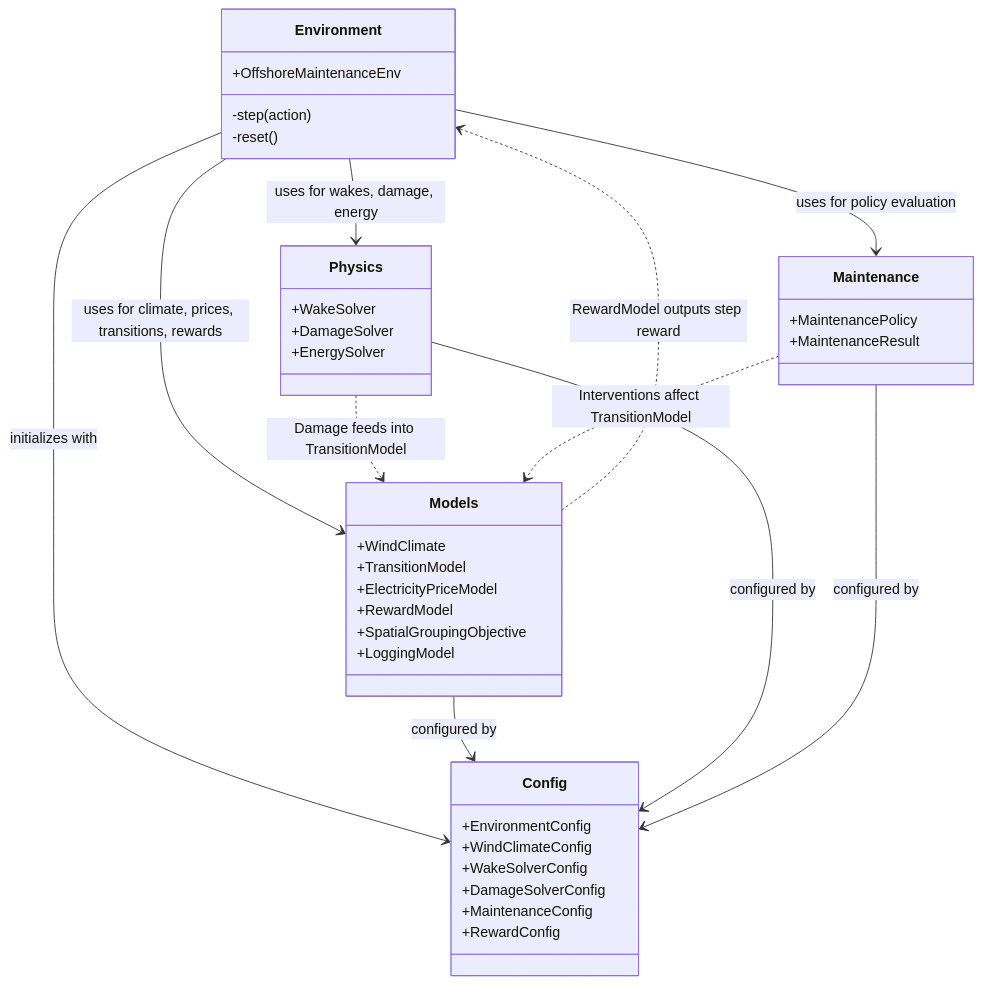
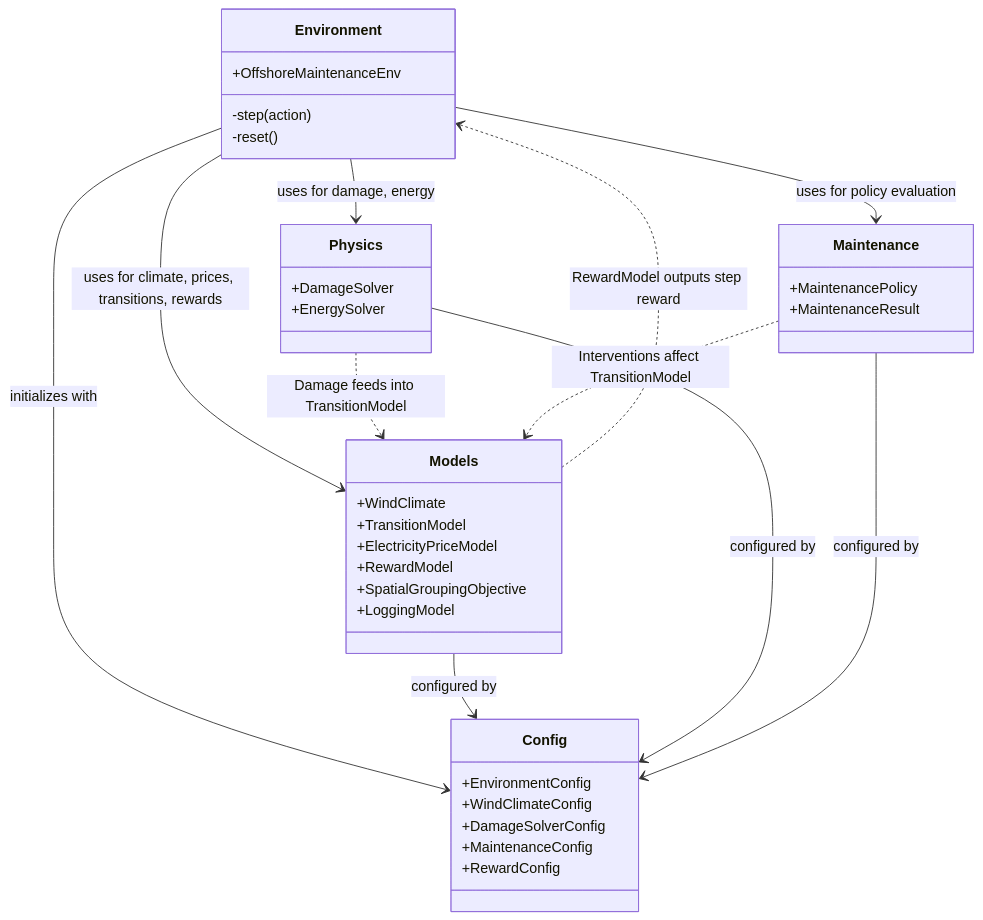
The diagram in README.md (andriepasca/whisper-rl), drawn with Mermaid before and after one commit. The commit also changed other lines of this file and 4 other files, not shown here.

````diff
--- a/README.md
+++ b/README.md
@@ -16,50 +16,48 @@
 ```mermaid
 classDiagram
     class Environment {
         +OffshoreMaintenanceEnv
         -step(action)
         -reset()
     }
 
     class Config {
         +EnvironmentConfig
         +WindClimateConfig
-        +WakeSolverConfig
         +DamageSolverConfig
         +MaintenanceConfig
         +RewardConfig
     }
 
     class Models {
         +WindClimate
         +TransitionModel
         +ElectricityPriceModel
         +RewardModel
         +SpatialGroupingObjective
         +LoggingModel
     }
 
     class Physics {
-        +WakeSolver
         +DamageSolver
         +EnergySolver
     }
 
     class Maintenance {
         +MaintenancePolicy
         +MaintenanceResult
     }
 
     Environment --> Config : initializes with
     Environment --> Models : uses for climate, prices, transitions, rewards
-    Environment --> Physics : uses for wakes, damage, energy
+    Environment --> Physics : uses for damage, energy
     Environment --> Maintenance : uses for policy evaluation
 
     Models --> Config : configured by
     Physics --> Config : configured by
     Maintenance --> Config : configured by
 
     Physics ..> Models : Damage feeds into TransitionModel
     Maintenance ..> Models : Interventions affect TransitionModel
     Models ..> Environment : RewardModel outputs step reward
 ```
````
